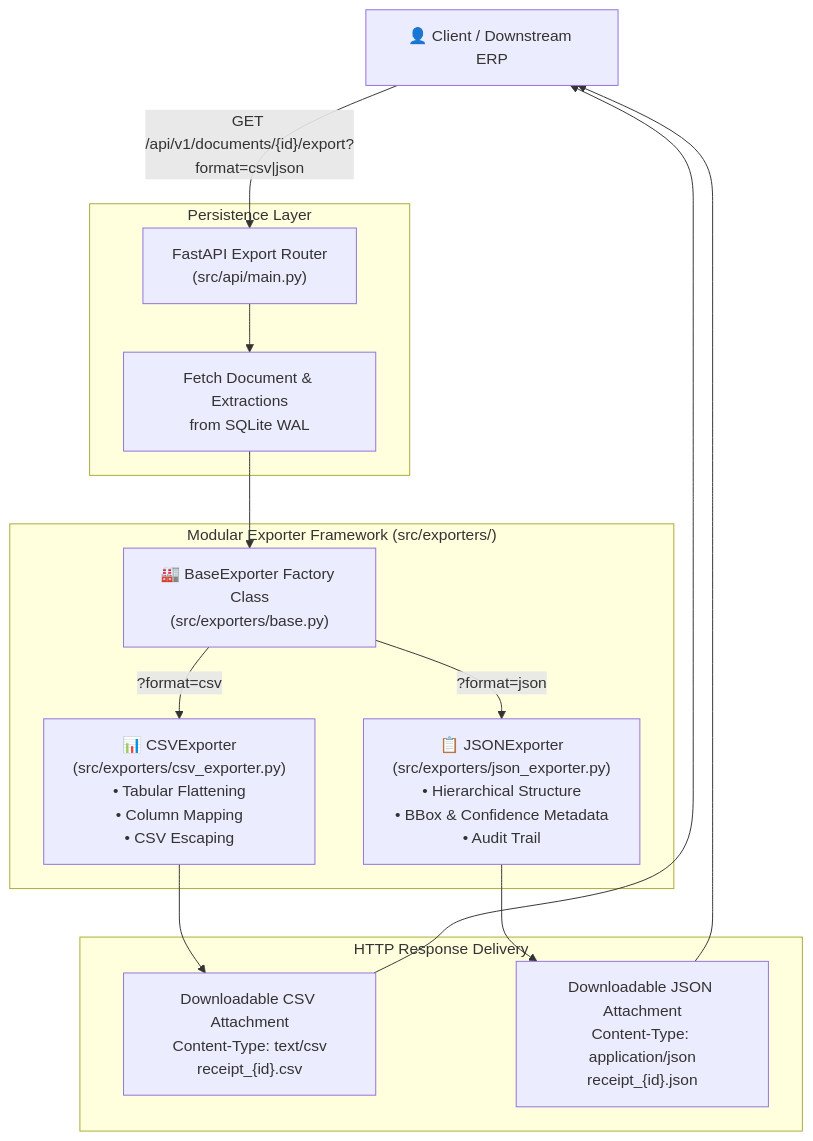
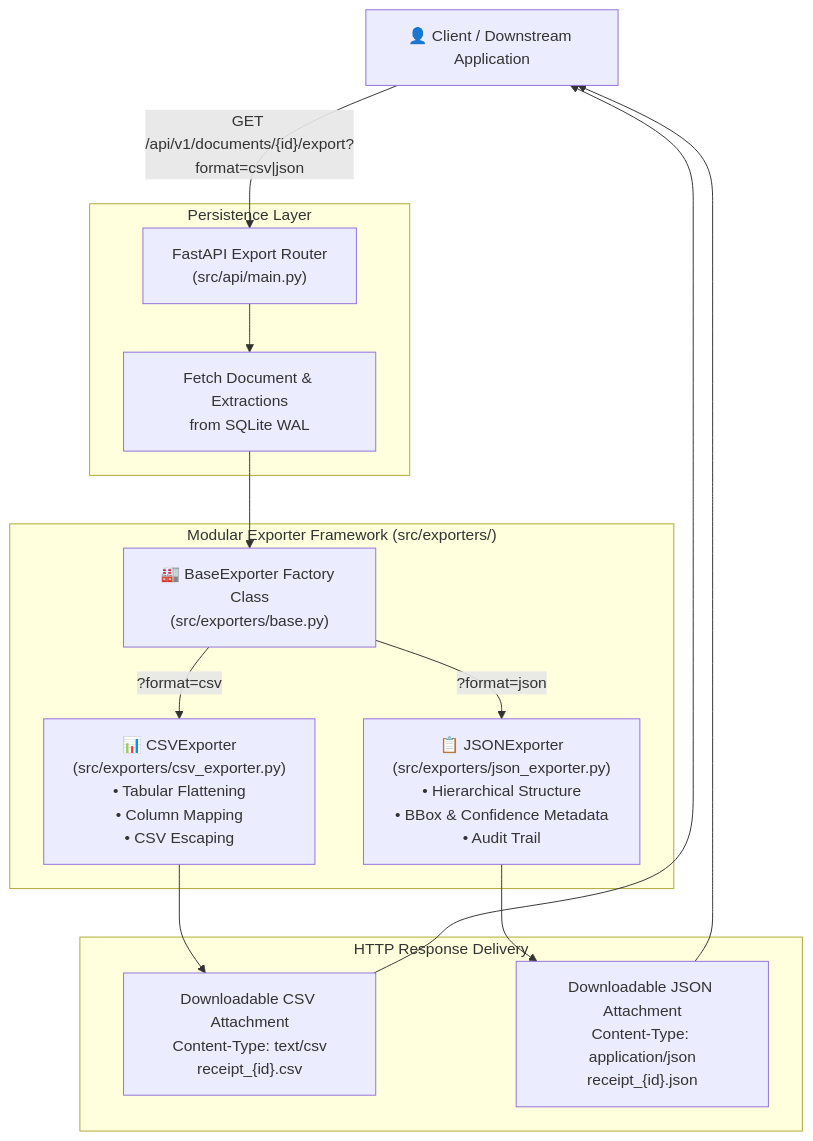
One commit to HarshkumarG007/DocuParseAi changed the sixth of 6 diagrams in README.md. Above: the diagram before and after it, drawn with Mermaid. The commit also changed other lines of this file and 3 other files, not shown here.

````diff
--- a/README.md
+++ b/README.md
@@ -427,23 +346,23 @@
 ```mermaid
 flowchart TD
-    Client["👤 Client / Downstream ERP"] -->|"GET /api/v1/documents/{id}/export?format=csv|json"| Route["FastAPI Export Router<br>(src/api/main.py)"]
+    Client["👤 Client / Downstream Application"] -->|"GET /api/v1/documents/{id}/export?format=csv|json"| Route["FastAPI Export Router<br>(src/api/main.py)"]
 
     subgraph DataFetch ["Persistence Layer"]
         Route --> FetchDB["Fetch Document & Extractions<br>from SQLite WAL"]
     end
 
     subgraph FactoryPattern ["Modular Exporter Framework (src/exporters/)"]
         FetchDB --> Factory["🏭 BaseExporter Factory Class<br>(src/exporters/base.py)"]
         
         Factory -->|"?format=csv"| CSV["📊 CSVExporter<br>(src/exporters/csv_exporter.py)<br>• Tabular Flattening<br>• Column Mapping<br>• CSV Escaping"]
         Factory -->|"?format=json"| JSON["📋 JSONExporter<br>(src/exporters/json_exporter.py)<br>• Hierarchical Structure<br>• BBox & Confidence Metadata<br>• Audit Trail"]
     end
 
     subgraph Delivery ["HTTP Response Delivery"]
         CSV --> StreamCSV["Downloadable CSV Attachment<br>Content-Type: text/csv<br>receipt_{id}.csv"]
         JSON --> StreamJSON["Downloadable JSON Attachment<br>Content-Type: application/json<br>receipt_{id}.json"]
     end
 
     StreamCSV --> Client
     StreamJSON --> Client
 ```
````
